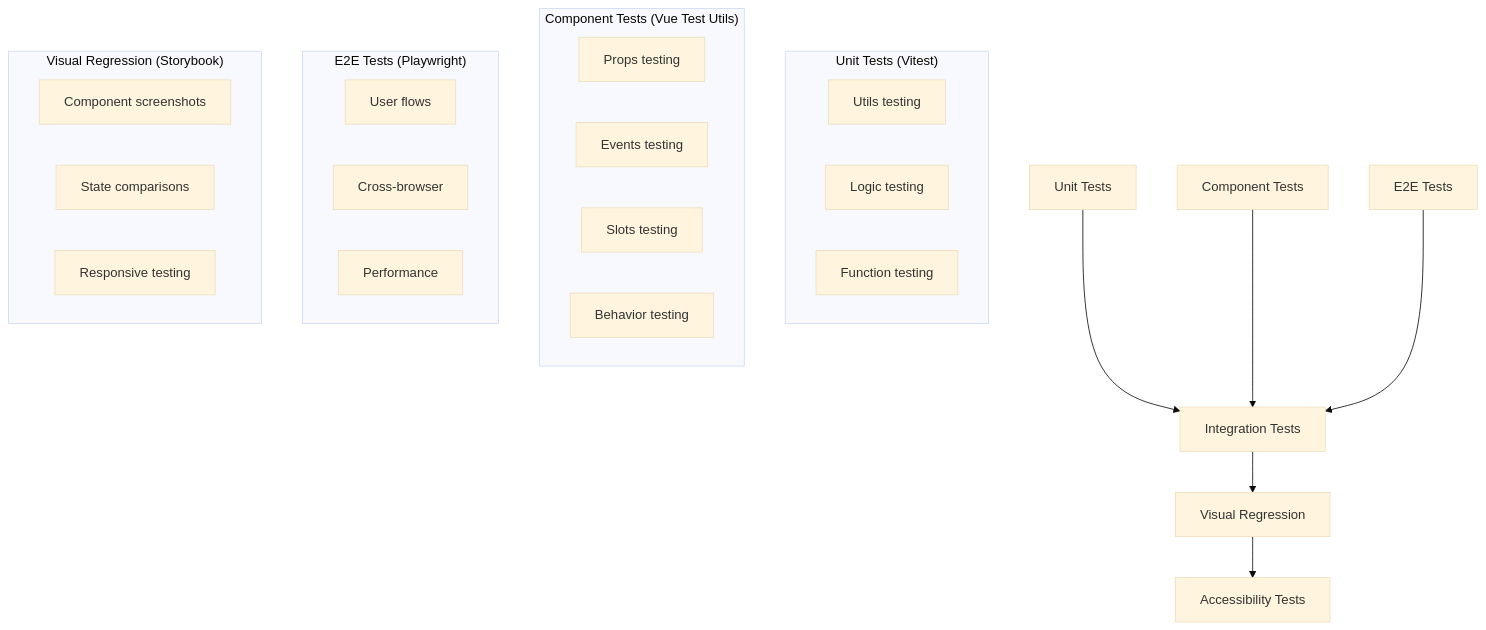
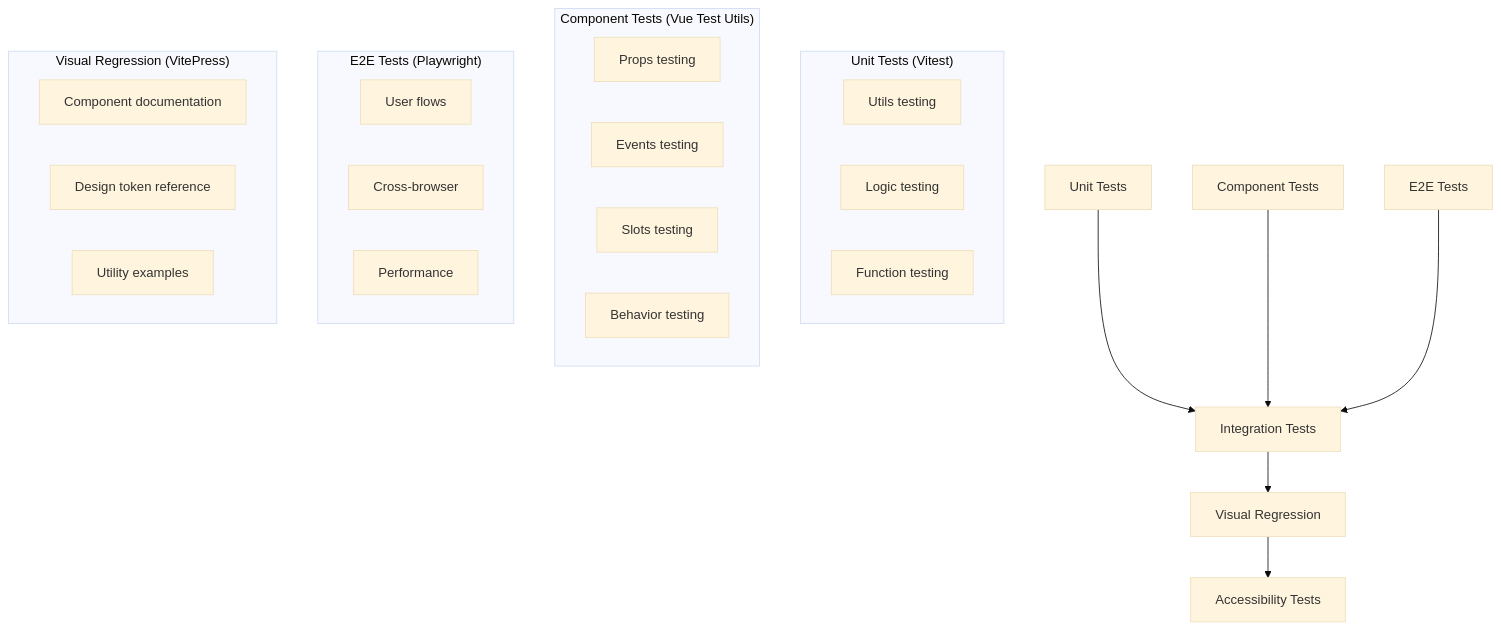
One commit to KlangHaus/grundtone changed the fourth of 4 diagrams in ARCHITECTURE.md. Above: the diagram before and after it, drawn with Mermaid (base theme). The commit also changed other lines of this file and 8 other files, not shown here.

````diff
--- a/ARCHITECTURE.md
+++ b/ARCHITECTURE.md
@@ -410,33 +409,33 @@
 ```mermaid
 graph TB
     A[Unit Tests] --> D[Integration Tests]
     B[Component Tests] --> D
     C[E2E Tests] --> D
     D --> E[Visual Regression]
     E --> F[Accessibility Tests]
 
     subgraph "Unit Tests (Vitest)"
         A1[Utils testing]
         A2[Logic testing]
         A3[Function testing]
     end
 
     subgraph "Component Tests (Vue Test Utils)"
         B1[Props testing]
         B2[Events testing]
         B3[Slots testing]
         B4[Behavior testing]
     end
 
     subgraph "E2E Tests (Playwright)"
         C1[User flows]
         C2[Cross-browser]
         C3[Performance]
     end
 
-    subgraph "Visual Regression (Storybook)"
-        E1[Component screenshots]
-        E2[State comparisons]
-        E3[Responsive testing]
+    subgraph "Visual Regression (VitePress)"
+        E1[Component documentation]
+        E2[Design token reference]
+        E3[Utility examples]
     end
 ```
````
